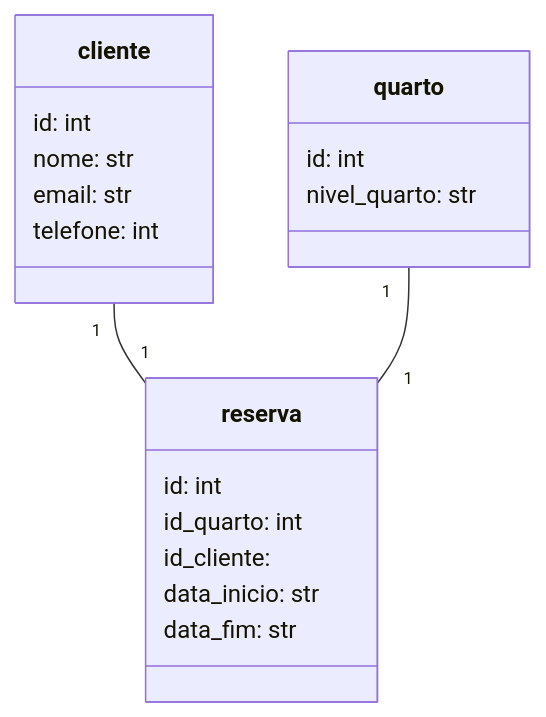
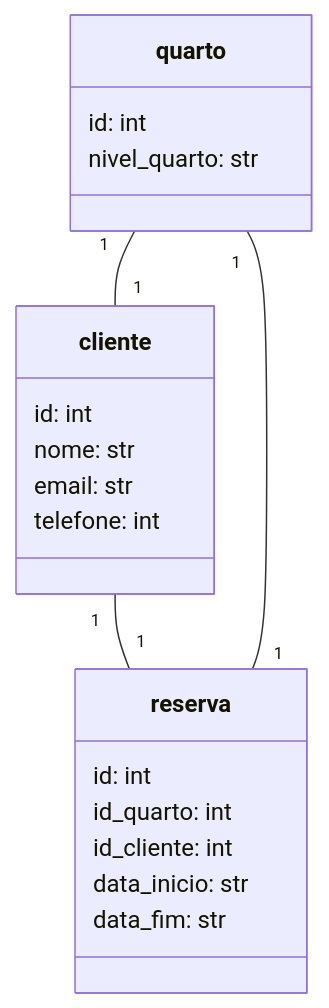
Before and after one commit to tatielynobre/Hotel-pt2: the diagram in README.md, drawn with Mermaid. The commit also changed 4 other files, not shown here.

````diff
--- a/README.md
+++ b/README.md
@@ -1,22 +1,23 @@
 ```mermaid
 classDiagram
     class reserva{
     id: int
     id_quarto: int
-    id_cliente:
+    id_cliente: int
     data_inicio: str
     data_fim: str
 }
 class quarto{
     id: int
     nivel_quarto: str    
 }
 class cliente{
     id: int
     nome: str
     email: str
     telefone: int
 }
 cliente "1"--"1"reserva
 quarto "1"--"1" reserva
+quarto "1"--"1" cliente
 ```
````
